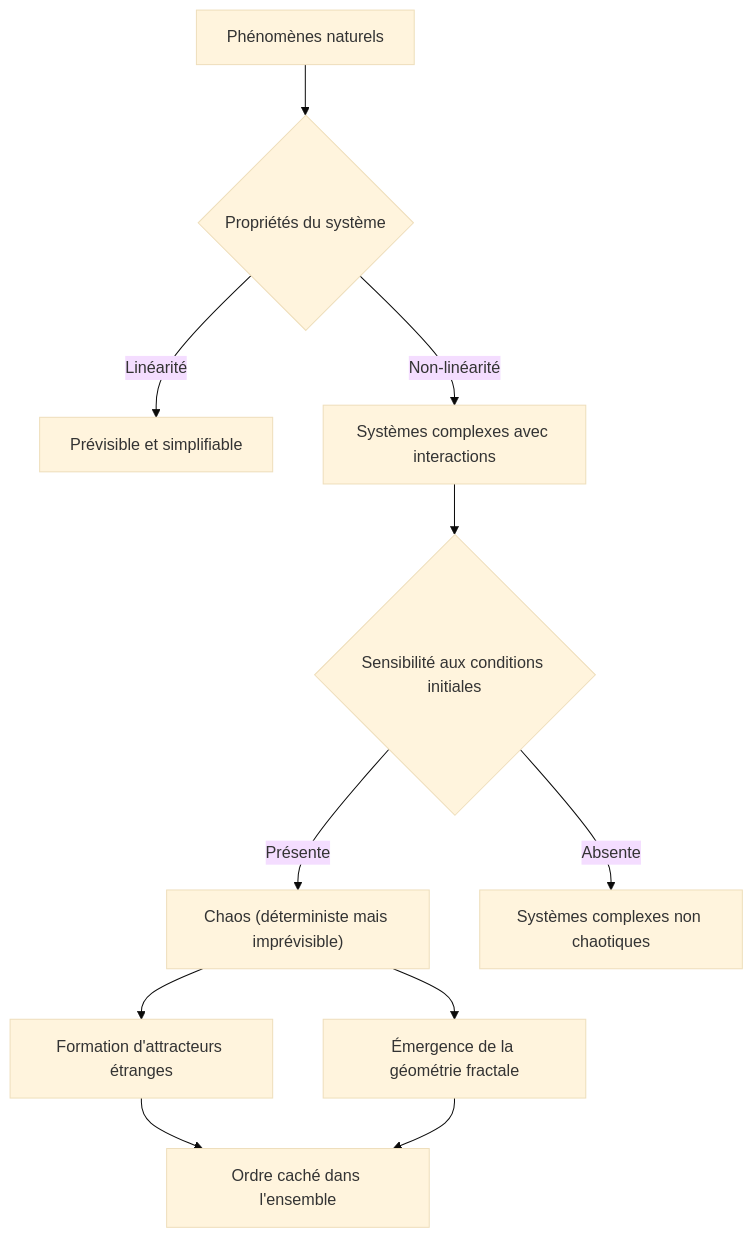
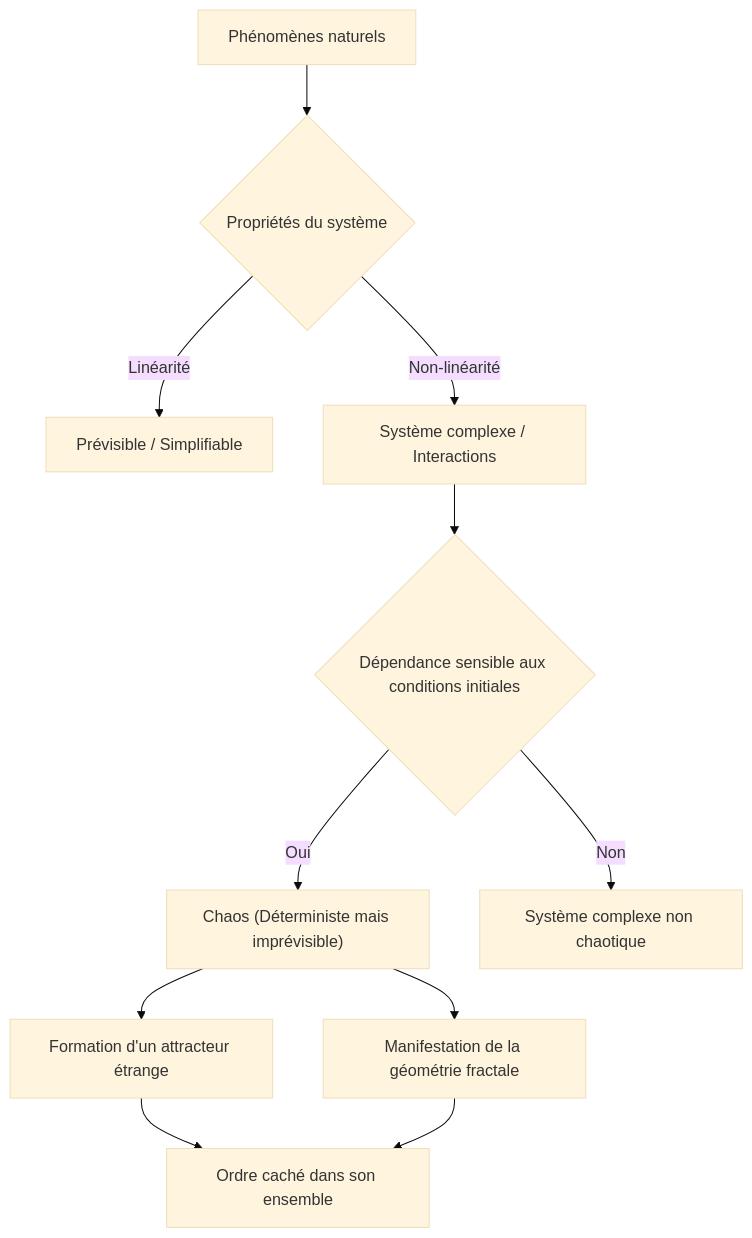
One commit to kenjinote/blog changed the second of 2 diagrams in content/post/chaos-theory/index.fr.md. Above: the diagram before and after it, drawn with Mermaid (base theme). The commit also changed other lines of this file and 97 other files, not shown here.

````diff
--- a/content/post/chaos-theory/index.fr.md
+++ b/content/post/chaos-theory/index.fr.md
@@ -201,13 +201,13 @@
 ```mermaid
 graph TD
     A["Phénomènes naturels"] --> B{"Propriétés du système"}
-    B -->|"Linéarité"| C["Prévisible et simplifiable"]
-    B -->|"Non-linéarité"| D["Systèmes complexes avec interactions"]
-    D --> E{"Sensibilité aux conditions initiales"}
-    E -->|"Présente"| F["Chaos (déterministe mais imprévisible)"]
-    E -->|"Absente"| G["Systèmes complexes non chaotiques"]
-    F --> H["Formation d'attracteurs étranges"]
-    F --> I["Émergence de la géométrie fractale"]
-    H --> J["Ordre caché dans l'ensemble"]
+    B -->|"Linéarité"| C["Prévisible / Simplifiable"]
+    B -->|"Non-linéarité"| D["Système complexe / Interactions"]
+    D --> E{"Dépendance sensible aux conditions initiales"}
+    E -->|"Oui"| F["Chaos (Déterministe mais imprévisible)"]
+    E -->|"Non"| G["Système complexe non chaotique"]
+    F --> H["Formation d'un attracteur étrange"]
+    F --> I["Manifestation de la géométrie fractale"]
+    H --> J["Ordre caché dans son ensemble"]
     I --> J
 ```
````
